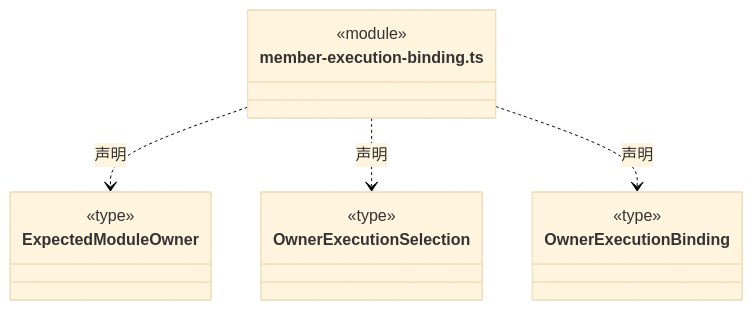
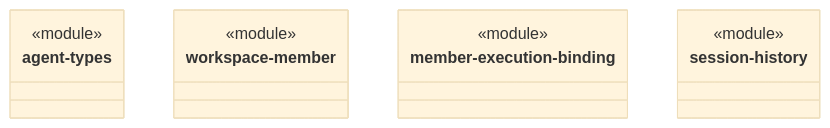
The diagram in src/logic/team/rules/ARCHITECTURE.md (nan023062/cbim), drawn with Mermaid (base theme) before and after one commit. The commit also changed other lines of this file and 158 other files, not shown here.

Commit message:
docs: model architecture through nested virtual encapsulations

````diff
--- a/src/logic/team/rules/ARCHITECTURE.md
+++ b/src/logic/team/rules/ARCHITECTURE.md
@@ -488,21 +22,19 @@
 ```mermaid
 classDiagram
-class N_src_logic_team_rules_member_execution_binding_ts["member-execution-binding.ts"] {
+class N_5f23c275120a["agent-types"] {
   <<module>>
 }
-class N_src_logic_team_rules_member_execution_binding_ts_ExpectedModuleOwner["ExpectedModuleOwner"] {
-  <<type>>
-
+click N_5f23c275120a href "agent-types.ts"
+class N_6d3db0fcdfc5["workspace-member"] {
+  <<module>>
 }
-N_src_logic_team_rules_member_execution_binding_ts ..> N_src_logic_team_rules_member_execution_binding_ts_ExpectedModuleOwner : 声明
-class N_src_logic_team_rules_member_execution_binding_ts_OwnerExecutionSelection["OwnerExecutionSelection"] {
-  <<type>>
-
+click N_6d3db0fcdfc5 href "workspace-member.ts"
+class N_849821aceb27["member-execution-binding"] {
+  <<module>>
 }
-N_src_logic_team_rules_member_execution_binding_ts ..> N_src_logic_team_rules_member_execution_binding_ts_OwnerExecutionSelection : 声明
-class N_src_logic_team_rules_member_execution_binding_ts_OwnerExecutionBinding["OwnerExecutionBinding"] {
-  <<type>>
-
+click N_849821aceb27 href "member-execution-binding.ts"
+class N_216322eabecd["session-history"] {
+  <<module>>
 }
-N_src_logic_team_rules_member_execution_binding_ts ..> N_src_logic_team_rules_member_execution_binding_ts_OwnerExecutionBinding : 声明
+click N_216322eabecd href "session-history.ts"
 ```
````
